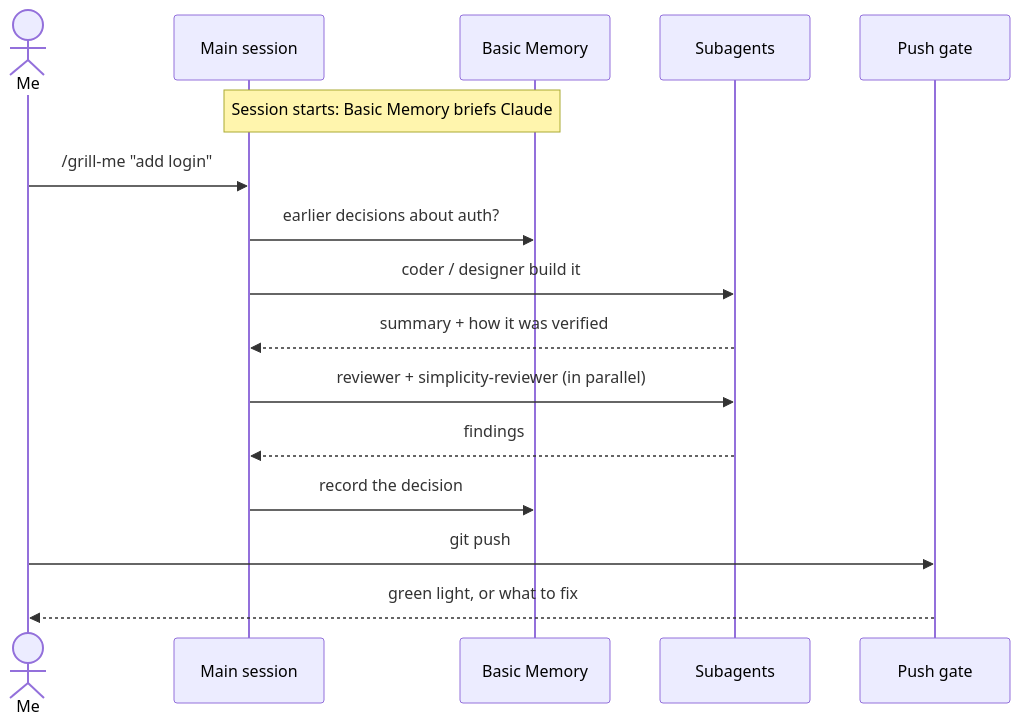
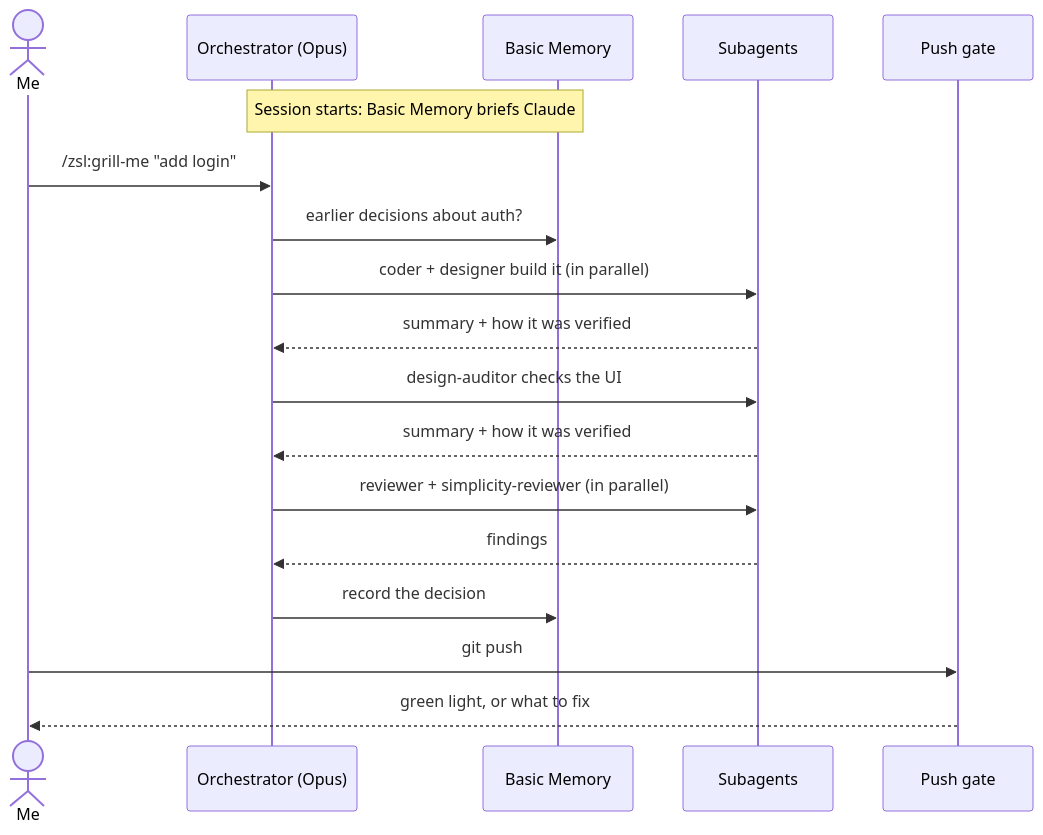
One commit to milosanokklis-debug/new_ai_setup changed the fourth of 6 diagrams in README.md. Above: the diagram before and after it, drawn with Mermaid. The commit also changed other lines of this file and 9 other files, not shown here.

First line of the commit message:
agent-kit 0.3.0: orchestrator main session, all packs by default, zsl planning

````diff
--- a/README.md
+++ b/README.md
@@ -151,19 +155,21 @@
 ```mermaid
 sequenceDiagram
     actor Me
-    participant M as Main session
+    participant M as Orchestrator (Opus)
     participant BM as Basic Memory
     participant A as Subagents
     participant G as Push gate
 
     Note over M,BM: Session starts: Basic Memory briefs Claude
-    Me->>M: /grill-me "add login"
+    Me->>M: /zsl:grill-me "add login"
     M->>BM: earlier decisions about auth?
-    M->>A: coder / designer build it
+    M->>A: coder + designer build it (in parallel)
+    A-->>M: summary + how it was verified
+    M->>A: design-auditor checks the UI
     A-->>M: summary + how it was verified
     M->>A: reviewer + simplicity-reviewer (in parallel)
     A-->>M: findings
     M->>BM: record the decision
     Me->>G: git push
     G-->>Me: green light, or what to fix
 ```
````
